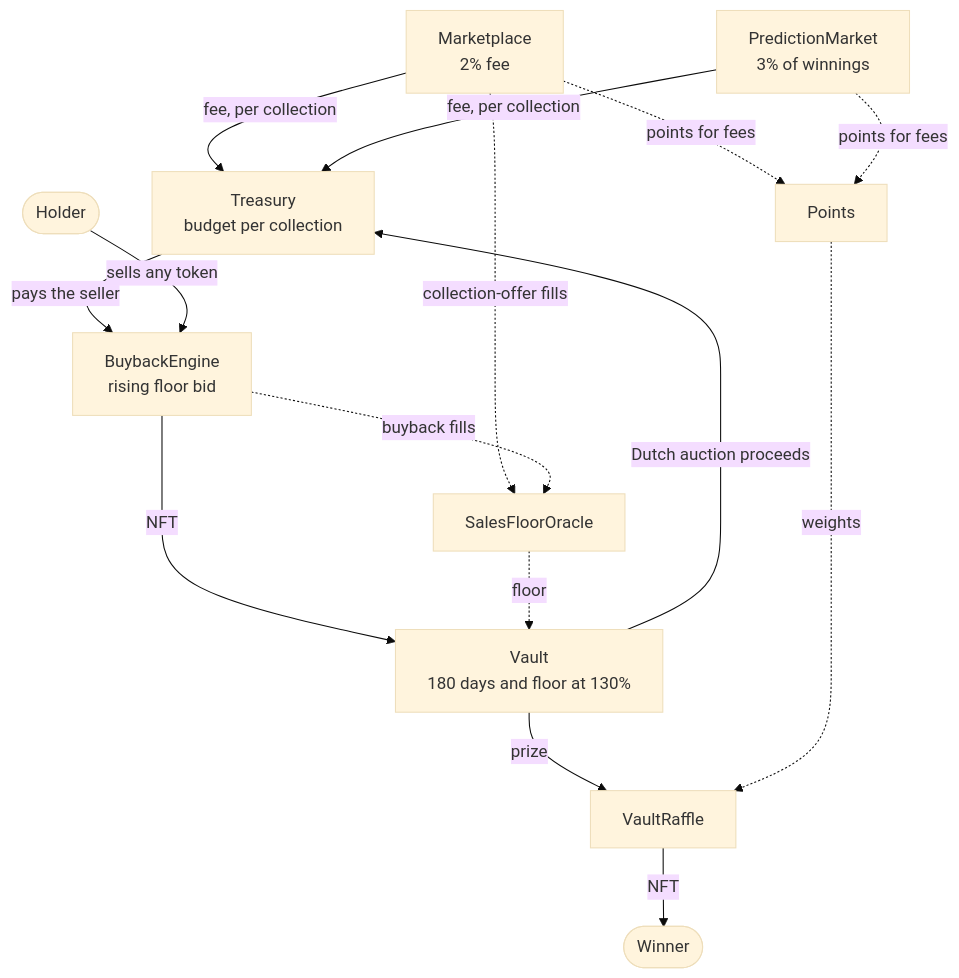
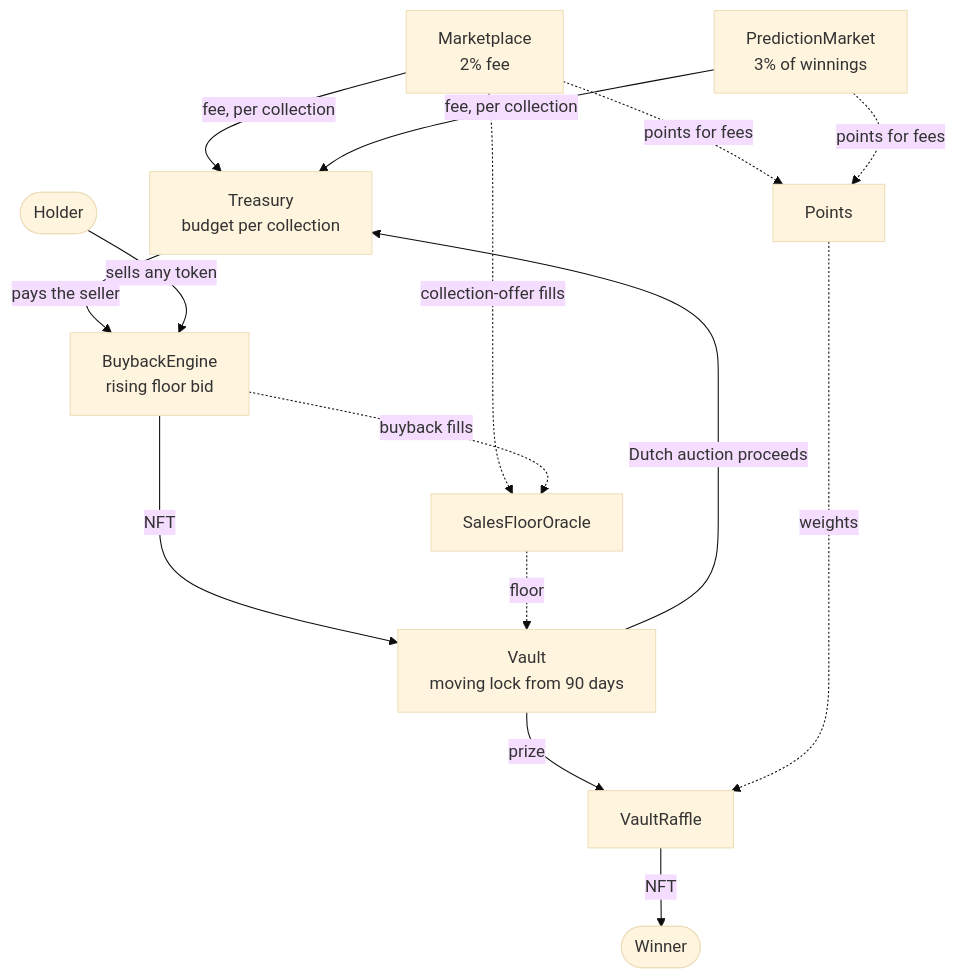
The diagram in docs/ARCHITECTURE.md (Goldcote/FloorGuard), drawn with Mermaid (base theme) before and after one commit. The commit also changed other lines of this file and 58 other files, not shown here.

First line of the commit message:
Vault: a moving lock, a players' share and prize vesting (#8)

````diff
--- a/docs/ARCHITECTURE.md
+++ b/docs/ARCHITECTURE.md
@@ -27,17 +27,17 @@
 ```mermaid
 flowchart TD
     M[Marketplace<br/>2% fee] -->|fee, per collection| T[Treasury<br/>budget per collection]
     P[PredictionMarket<br/>3% of winnings] -->|fee, per collection| T
     T -->|pays the seller| B[BuybackEngine<br/>rising floor bid]
     H([Holder]) -->|sells any token| B
-    B -->|NFT| V[Vault<br/>180 days and floor at 130%]
+    B -->|NFT| V[Vault<br/>moving lock from 90 days]
     V -->|Dutch auction proceeds| T
     V -->|prize| R[VaultRaffle]
     M -.->|points for fees| PT[Points]
     P -.->|points for fees| PT
     PT -.->|weights| R
     R -->|NFT| W([Winner])
     M -.->|collection-offer fills| O[SalesFloorOracle]
     B -.->|buyback fills| O
     O -.->|floor| V
 ```
````
